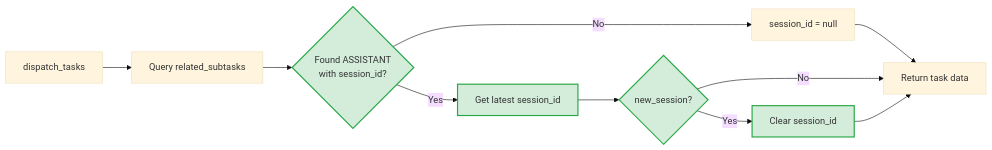
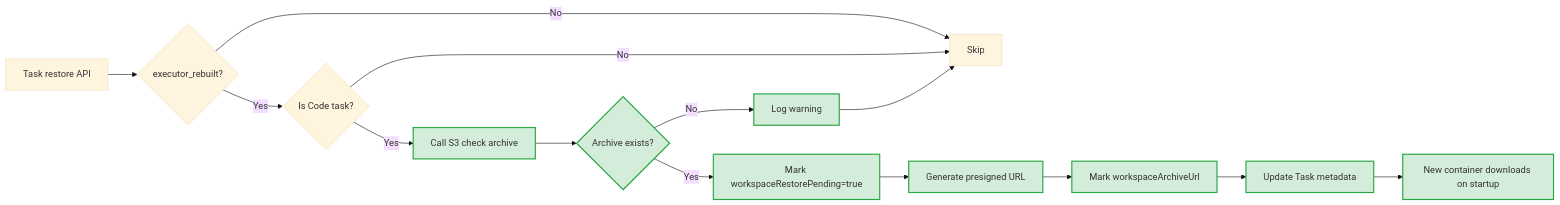
Before and after one commit to wecode-ai/Wegent: the fifth of 9 diagrams in docs/en/features/task-restore.md, drawn with Mermaid (base theme). The commit also changed other lines of this file and 6 other files, not shown here.

````diff
--- a/docs/en/features/task-restore.md
+++ b/docs/en/features/task-restore.md
@@ -152,14 +303,18 @@
 ```mermaid
 flowchart LR
-    A[dispatch_tasks] --> B[Query related_subtasks]
-    B --> C{Found ASSISTANT<br/>with session_id?}:::new
-    C -->|Yes| D[Get latest session_id]:::new
-    C -->|No| E[session_id = null]
-    D --> F{new_session?}:::new
-    E --> G[Return task data]
-    F -->|Yes| H[Clear session_id]:::new
-    F -->|No| G
-    H --> G
+    A[Task restore API] --> B{executor_rebuilt?}
+    B -->|Yes| C{Is Code task?}
+    B -->|No| D[Skip]
+    C -->|Yes| E[Call S3 check archive]:::new
+    C -->|No| D
+    E --> F{Archive exists?}:::new
+    F -->|Yes| G[Mark workspaceRestorePending=true]:::new
+    F -->|No| H[Log warning]:::new
+    G --> I[Generate presigned URL]:::new
+    I --> J[Mark workspaceArchiveUrl]:::new
+    J --> K[Update Task metadata]:::new
+    K --> L[New container downloads on startup]:::new
+    H --> D
 
     classDef new fill:#d4edda,stroke:#28a745,stroke-width:2px
 ```
````
